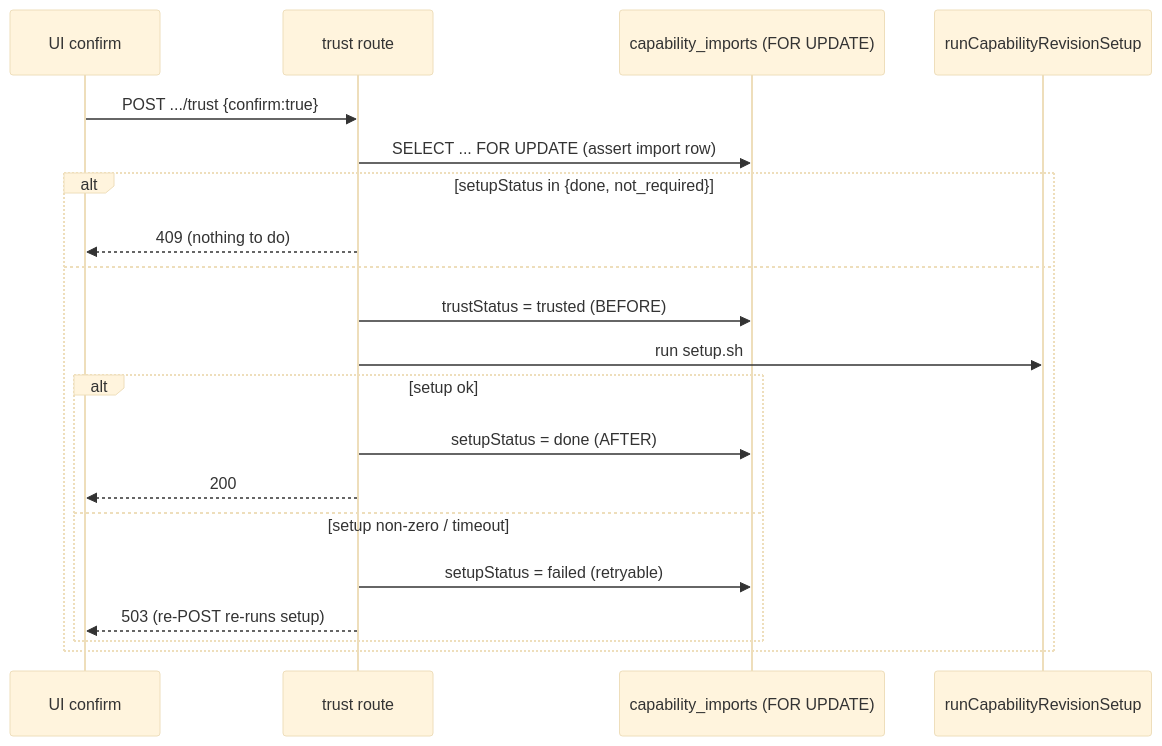
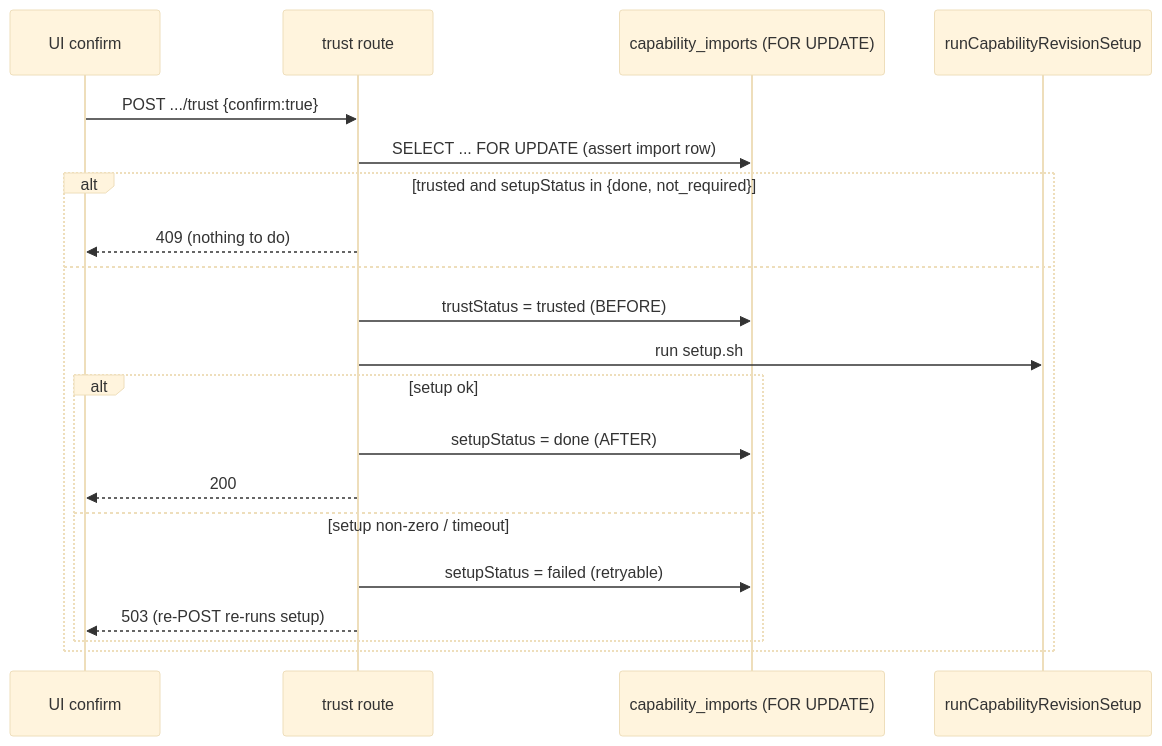
The fifth of 5 diagrams in docs/system-analytics/capabilities.md (maister-dev/maister), drawn with Mermaid (base theme) before and after one commit. The commit also changed other lines of this file and 70 other files, not shown here.

````diff
--- a/docs/system-analytics/capabilities.md
+++ b/docs/system-analytics/capabilities.md
@@ -236,22 +236,22 @@
 ```mermaid
 sequenceDiagram
     participant U as UI confirm
     participant Rt as trust route
     participant DB as capability_imports (FOR UPDATE)
     participant Setup as runCapabilityRevisionSetup
     U->>Rt: POST .../trust {confirm:true}
     Rt->>DB: SELECT ... FOR UPDATE (assert import row)
-    alt setupStatus in {done, not_required}
+    alt trusted and setupStatus in {done, not_required}
         Rt-->>U: 409 (nothing to do)
     else
         Rt->>DB: trustStatus = trusted   (BEFORE)
         Rt->>Setup: run setup.sh
         alt setup ok
             Rt->>DB: setupStatus = done   (AFTER)
             Rt-->>U: 200
         else setup non-zero / timeout
             Rt->>DB: setupStatus = failed (retryable)
             Rt-->>U: 503 (re-POST re-runs setup)
         end
     end
 ```
````
